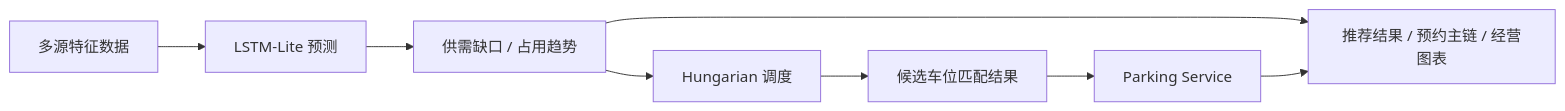
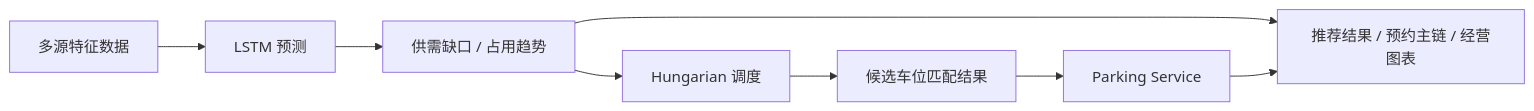
The third of 7 diagrams in docs/thesis-docs/thesis-draft.md (2696437448-cmyk/smart-parking-system), drawn with Mermaid before and after one commit. The commit also changed other lines of this file and 12 other files, not shown here.

````diff
--- a/docs/thesis-docs/thesis-draft.md
+++ b/docs/thesis-docs/thesis-draft.md
@@ -324,18 +362,18 @@
 ```mermaid
 flowchart LR
     A[多源特征数据]
-    B[LSTM-Lite 预测]
+    B[LSTM 预测]
     C[供需缺口 / 占用趋势]
     D[Hungarian 调度]
     E[候选车位匹配结果]
     F[Parking Service]
     G[推荐结果 / 预约主链 / 经营图表]
 
     A --> B
     B --> C
     C --> D
     D --> E
     E --> F
     C --> G
     F --> G
 ```
````
